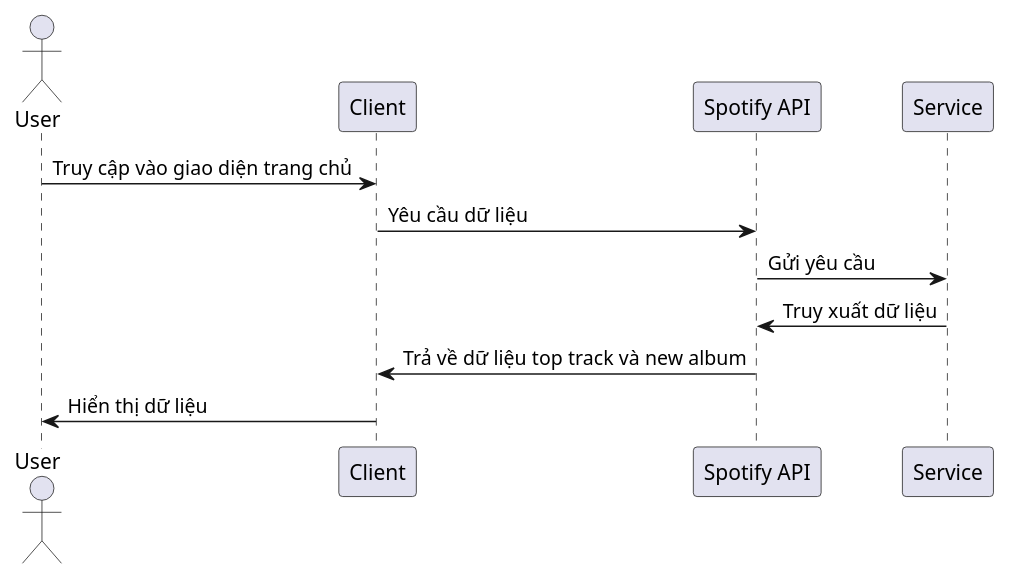
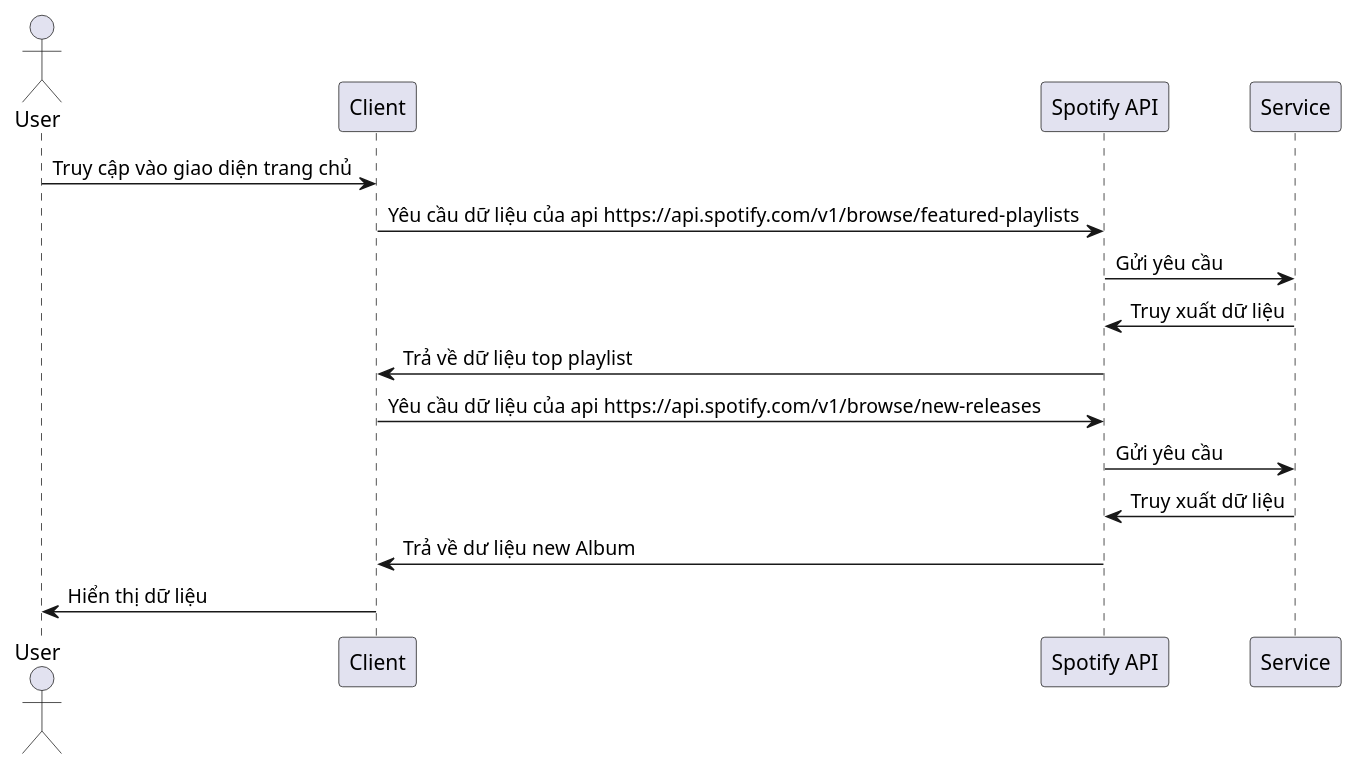
The diagram in docs/umls/sequence/home.puml (VanHuy-2904/Clone-Spotify), drawn with PlantUML before and after one commit.

Commit message:
[fix] fix sequence

```diff
--- a/docs/umls/sequence/home.puml
+++ b/docs/umls/sequence/home.puml
@@ -1,15 +1,19 @@
 @startuml
 actor User
 participant "Client" as Client
 participant "Spotify API" as Spotify
 participant "Service" as Service
 
 
 User -> Client: Truy cập vào giao diện trang chủ
-Client -> Spotify: Yêu cầu dữ liệu
+Client -> Spotify: Yêu cầu dữ liệu của api https://api.spotify.com/v1/browse/featured-playlists
+Spotify -> Service: Gửi yêu cầu 
+Service -> Spotify: Truy xuất dữ liệu
+Spotify -> Client: Trả về dữ liệu top playlist
+Client -> Spotify: Yêu cầu dữ liệu của api https://api.spotify.com/v1/browse/new-releases
 Spotify -> Service: Gửi yêu cầu
 Service -> Spotify: Truy xuất dữ liệu
-Spotify -> Client: Trả về dữ liệu top track và new album
+Spotify -> Client: Trả về dư liệu new Album 
 Client -> User: Hiển thị dữ liệu
 
 @enduml
```
